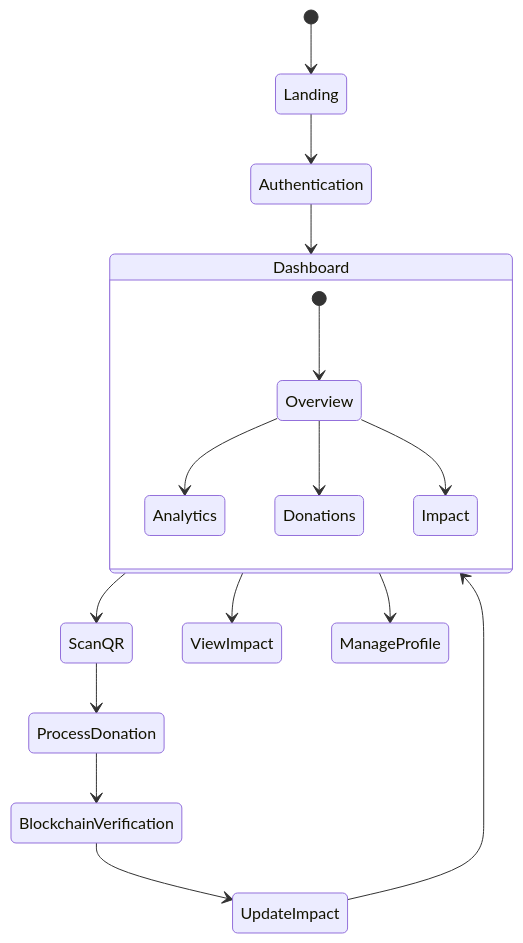
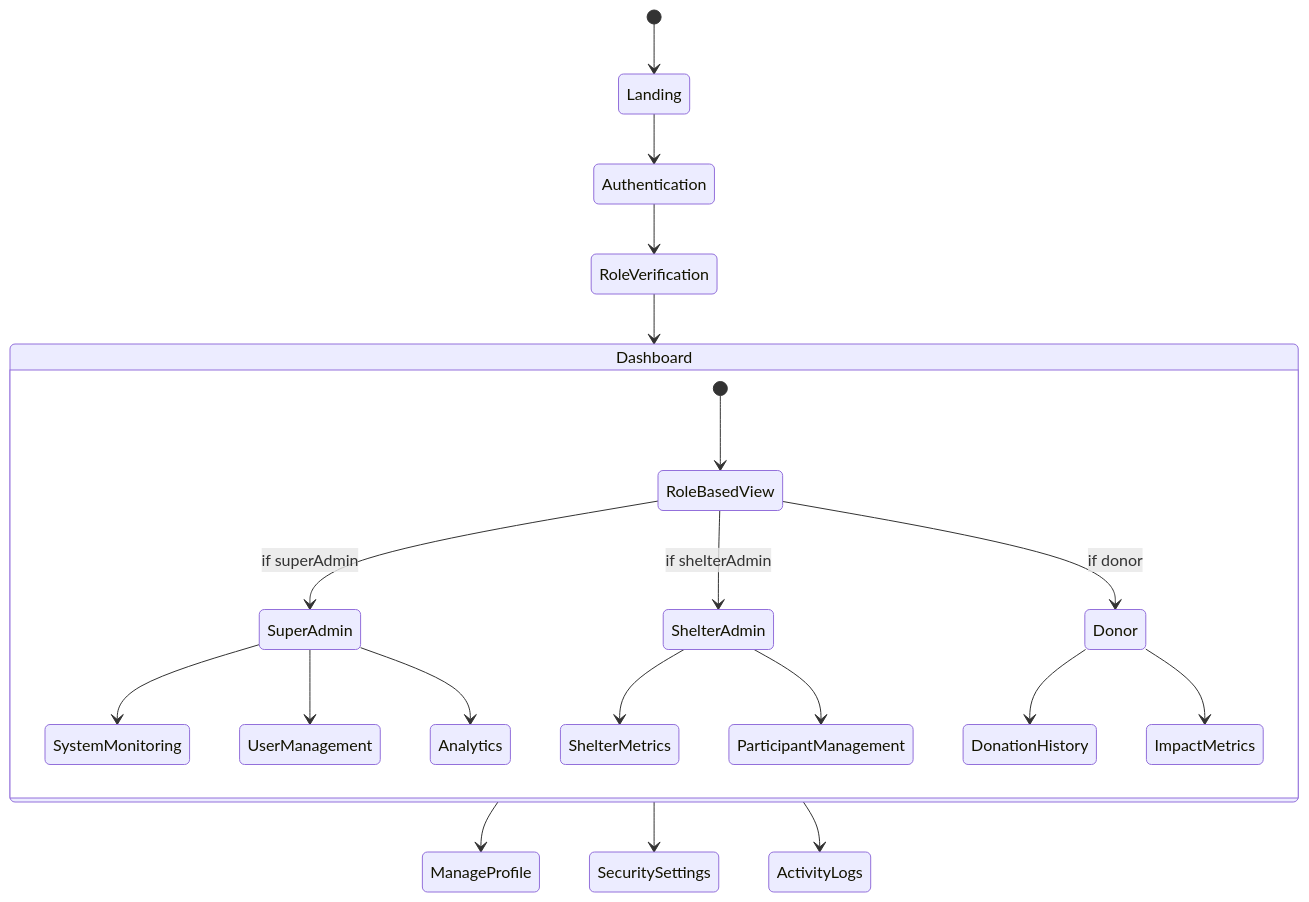
One commit to mrj0nesmtl/sheltr-v2 changed the second of 11 diagrams in public/docs/core/overview.md. Above: the diagram before and after it, drawn with Mermaid. The commit also changed other lines of this file and 13 other files, not shown here.

````diff
--- a/public/docs/core/overview.md
+++ b/public/docs/core/overview.md
@@ -87,21 +104,28 @@
 ```mermaid
 stateDiagram-v2
     [*] --> Landing
     Landing --> Authentication
-    Authentication --> Dashboard
-    Dashboard --> ScanQR
-    Dashboard --> ViewImpact
-    Dashboard --> ManageProfile
-    
-    ScanQR --> ProcessDonation
-    ProcessDonation --> BlockchainVerification
-    BlockchainVerification --> UpdateImpact
-    UpdateImpact --> Dashboard
+    Authentication --> RoleVerification
+    RoleVerification --> Dashboard
     
     state Dashboard {
-        [*] --> Overview
-        Overview --> Analytics
-        Overview --> Donations
-        Overview --> Impact
+        [*] --> RoleBasedView
+        RoleBasedView --> SuperAdmin: if superAdmin
+        RoleBasedView --> ShelterAdmin: if shelterAdmin
+        RoleBasedView --> Donor: if donor
+        
+        SuperAdmin --> SystemMonitoring
+        SuperAdmin --> UserManagement
+        SuperAdmin --> Analytics
+        
+        ShelterAdmin --> ShelterMetrics
+        ShelterAdmin --> ParticipantManagement
+        
+        Donor --> DonationHistory
+        Donor --> ImpactMetrics
     }
+    
+    Dashboard --> ManageProfile
+    Dashboard --> SecuritySettings
+    Dashboard --> ActivityLogs
 ```
````
